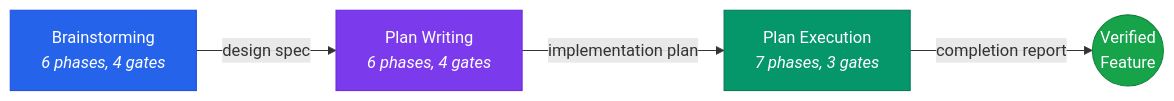
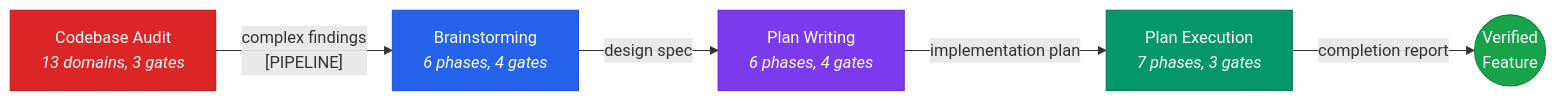
The diagram in README.md (sthiermann/stn-skills), drawn with Mermaid before and after one commit. The commit also changed other lines of this file and 15 other files, not shown here.

````diff
--- a/README.md
+++ b/README.md
@@ -39,11 +56,13 @@
 ```mermaid
 graph LR
     A["Brainstorming<br/><i>6 phases, 4 gates</i>"] -->|design spec| B["Plan Writing<br/><i>6 phases, 4 gates</i>"]
     B -->|implementation plan| C["Plan Execution<br/><i>7 phases, 3 gates</i>"]
     C -->|completion report| D(("Verified<br/>Feature"))
+    E["Codebase Audit<br/><i>13 domains, 3 gates</i>"] -->|"complex findings<br/>[PIPELINE]"| A
 
     style A fill:#2563eb,stroke:#1d4ed8,color:#fff
     style B fill:#7c3aed,stroke:#6d28d9,color:#fff
     style C fill:#059669,stroke:#047857,color:#fff
     style D fill:#16a34a,stroke:#15803d,color:#fff
+    style E fill:#dc2626,stroke:#b91c1c,color:#fff
 ```
````
